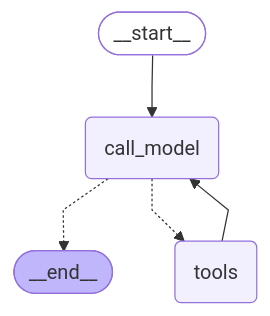
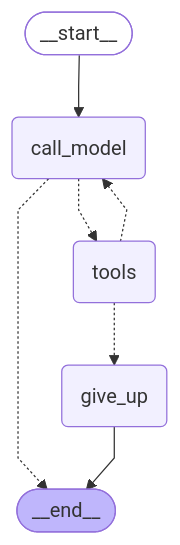
One commit to Lori10/retail-analyst-agent changed the second of 2 diagrams in docs/design.md. Above: the diagram before and after it, drawn with Mermaid. The commit also changed other lines of this file, not shown here.

````diff
--- a/docs/design.md
+++ b/docs/design.md
@@ -75,19 +75,22 @@
 ```mermaid
 ---
 config:
   flowchart:
     curve: linear
 ---
 graph TD;
 	__start__([<p>__start__</p>]):::first
 	call_model(call_model)
 	tools(tools)
+	give_up(give_up)
 	__end__([<p>__end__</p>]):::last
 	__start__ --> call_model;
 	call_model -.-> __end__;
 	call_model -.-> tools;
-	tools --> call_model;
+	tools -.-> call_model;
+	tools -.-> give_up;
+	give_up --> __end__;
 	classDef default fill:#f2f0ff,line-height:1.2
 	classDef first fill-opacity:0
 	classDef last fill:#bfb6fc
 ```
````
